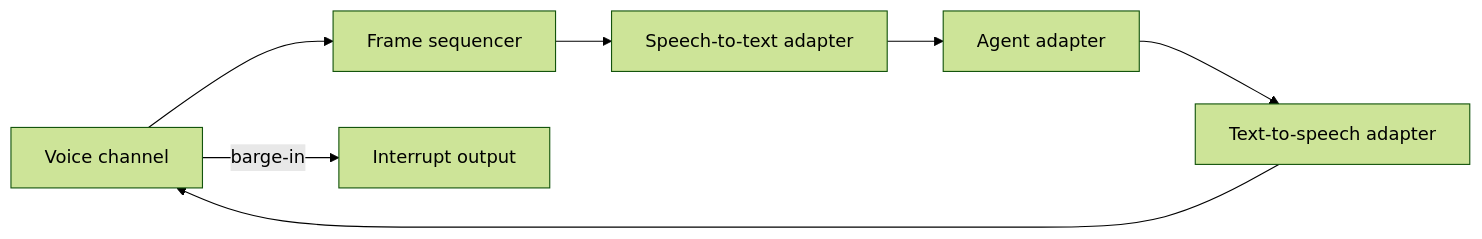
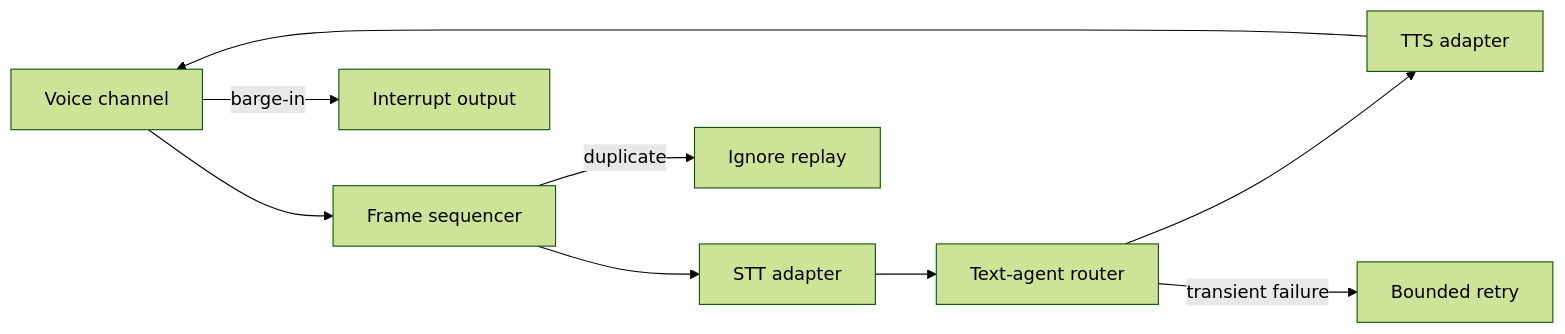
One commit to AbuElNour/mistral-voice-agent-gateway changed the diagram in README.md. Above: the diagram before and after it, drawn with Mermaid (forest theme). The commit also changed other lines of this file and 12 other files, not shown here.

````diff
--- a/README.md
+++ b/README.md
@@ -5,9 +12,11 @@
 ```mermaid
 flowchart LR
   C["Voice channel"] --> F["Frame sequencer"]
-  F --> S["Speech-to-text adapter"]
-  S --> A["Agent adapter"]
-  A --> T["Text-to-speech adapter"]
+  F --> S["STT adapter"]
+  S --> A["Text-agent router"]
+  A --> T["TTS adapter"]
   T --> C
-  C -->|barge-in| I["Interrupt output"]
+  C -->|"barge-in"| I["Interrupt output"]
+  F -->|"duplicate"| D["Ignore replay"]
+  A -->|"transient failure"| R["Bounded retry"]
 ```
````
